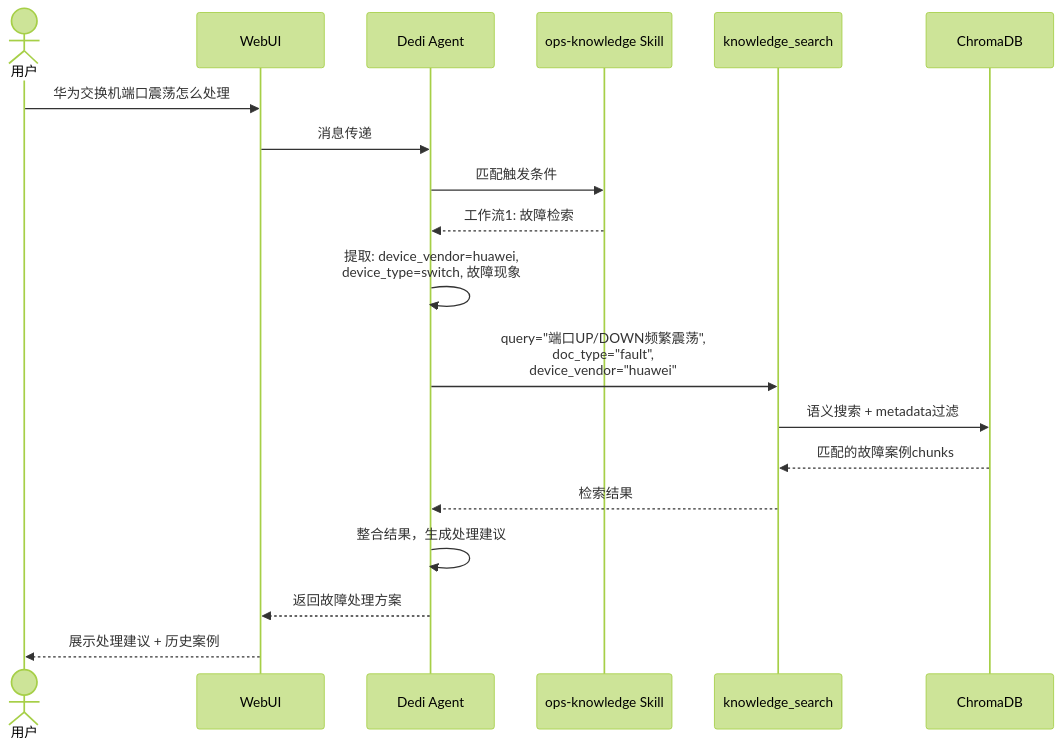
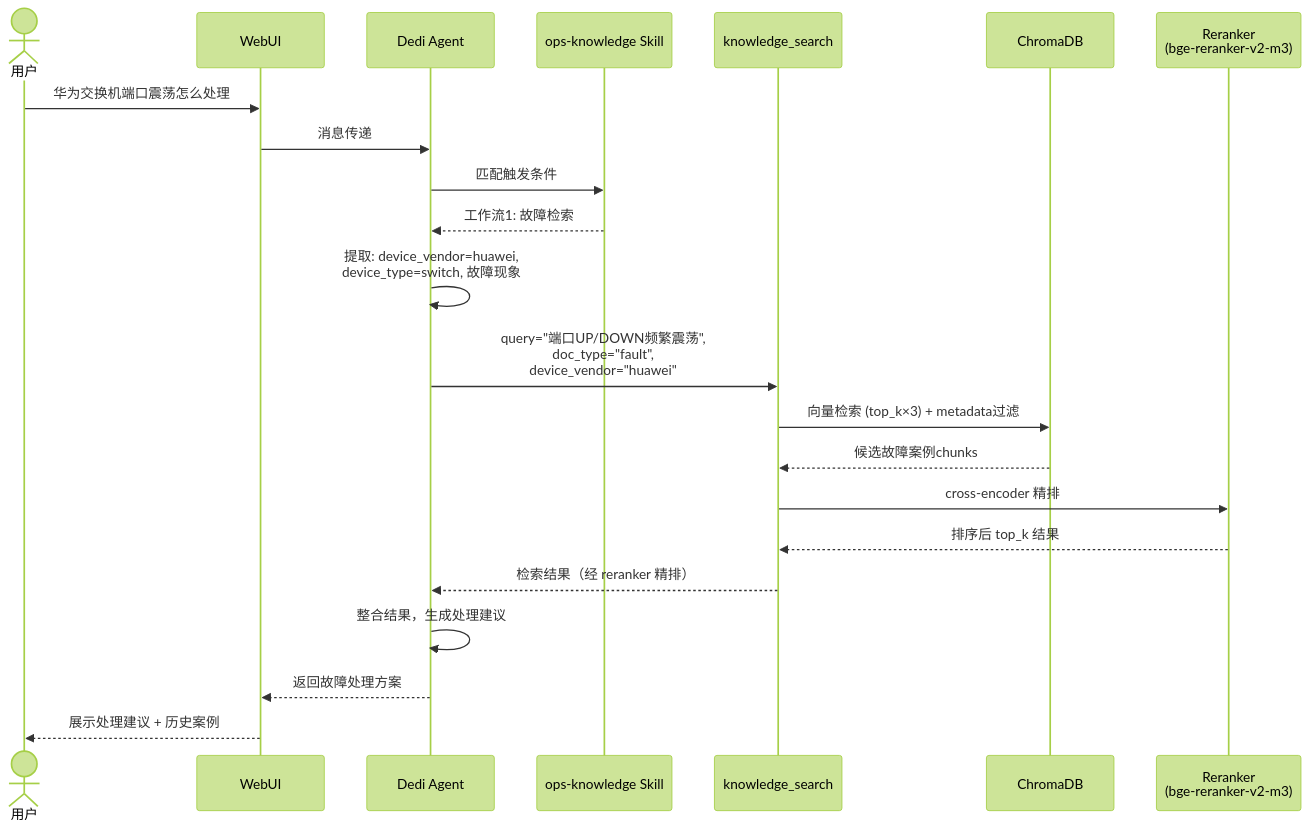
One commit to Matthewyin/deer-flow changed diagram 11 of 14 in docs/ops-knowledge-architecture.md. Above: the diagram before and after it, drawn with Mermaid (forest theme). The commit also changed other lines of this file and 14 other files, not shown here.

````diff
--- a/docs/ops-knowledge-architecture.md
+++ b/docs/ops-knowledge-architecture.md
@@ -585,22 +621,25 @@
 ```mermaid
 sequenceDiagram
     actor User as 用户
     participant Web as WebUI
     participant Agent as Dedi Agent
     participant Skill as ops-knowledge Skill
     participant Search as knowledge_search
     participant RAG as ChromaDB
+    participant RR as Reranker<br/>(bge-reranker-v2-m3)
     
     User->>Web: 华为交换机端口震荡怎么处理
     Web->>Agent: 消息传递
     Agent->>Skill: 匹配触发条件
     Skill-->>Agent: 工作流1: 故障检索
     Agent->>Agent: 提取: device_vendor=huawei,<br/>device_type=switch, 故障现象
     Agent->>Search: query="端口UP/DOWN频繁震荡",<br/>doc_type="fault",<br/>device_vendor="huawei"
-    Search->>RAG: 语义搜索 + metadata过滤
-    RAG-->>Search: 匹配的故障案例chunks
-    Search-->>Agent: 检索结果
+    Search->>RAG: 向量检索 (top_k×3) + metadata过滤
+    RAG-->>Search: 候选故障案例chunks
+    Search->>RR: cross-encoder 精排
+    RR-->>Search: 排序后 top_k 结果
+    Search-->>Agent: 检索结果（经 reranker 精排）
     Agent->>Agent: 整合结果，生成处理建议
     Agent-->>Web: 返回故障处理方案
     Web-->>User: 展示处理建议 + 历史案例
 ```
````
